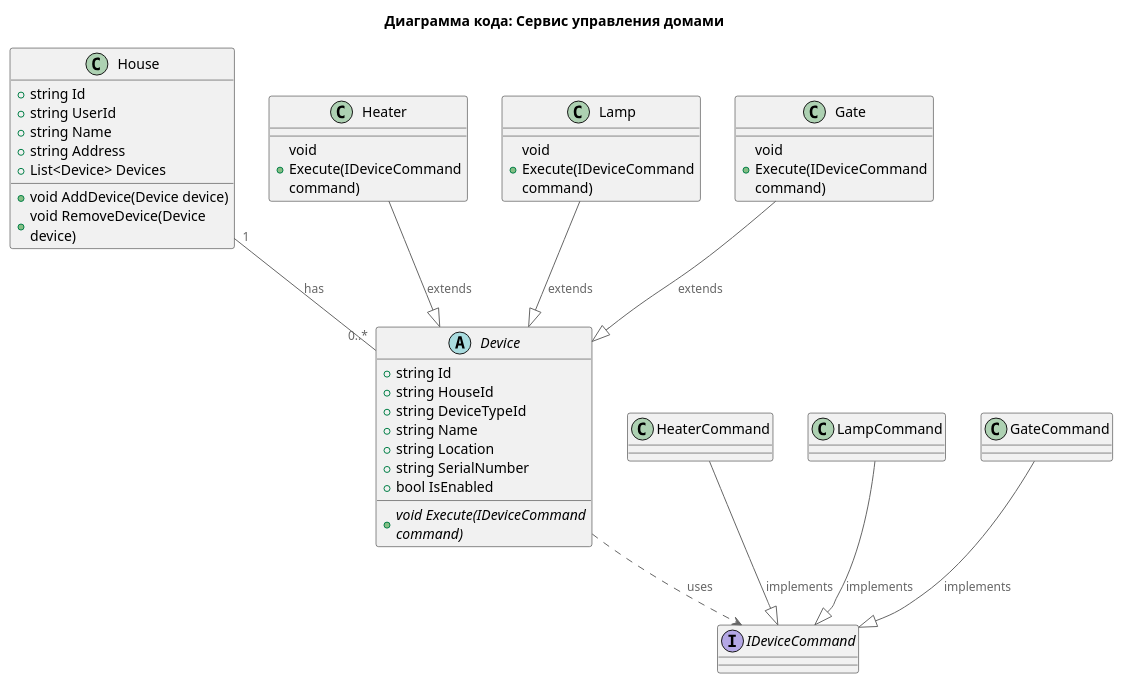
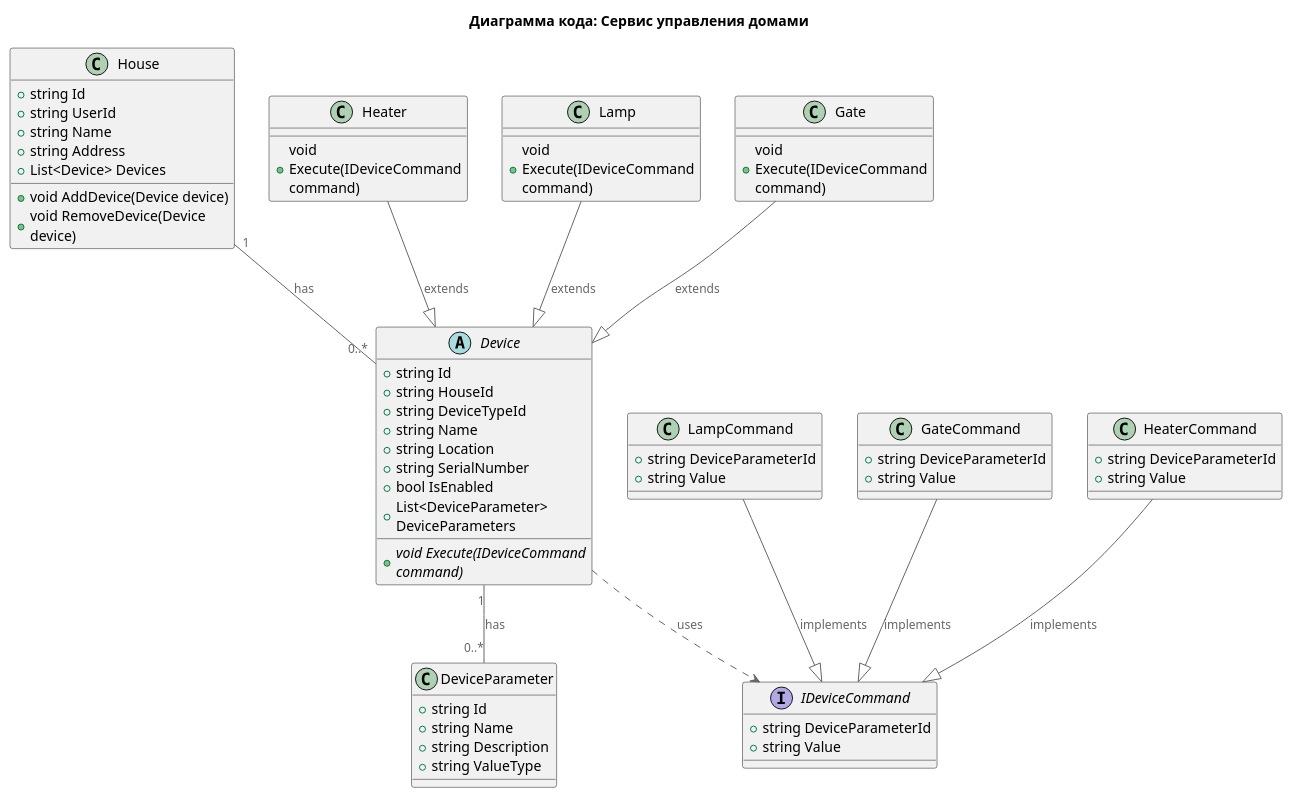
The diagram in diagrams/smart_home/ToBe_Code.puml (knautilus/architecture-warmhouse), drawn with PlantUML before and after one commit. The commit also changed 3 other files, not shown here.

```diff
--- a/diagrams/smart_home/ToBe_Code.puml
+++ b/diagrams/smart_home/ToBe_Code.puml
@@ -1,63 +1,80 @@
 @startuml
 
 title Диаграмма кода: Сервис управления домами
 
 !includeurl https://raw.githubusercontent.com/plantuml-stdlib/C4-PlantUML/master/C4.puml
 
 class House {
     +string Id
     +string UserId
     +string Name
     +string Address
     +List<Device> Devices
     +void AddDevice(Device device)
     +void RemoveDevice(Device device)
 }
 
 abstract class Device {
     +string Id
     +string HouseId
     +string DeviceTypeId
     +string Name
     +string Location
     +string SerialNumber
     +bool IsEnabled
+    +List<DeviceParameter> DeviceParameters
     +{abstract} void Execute(IDeviceCommand command)
 }
 
 class Heater {
     +void Execute(IDeviceCommand command)
 }
 
 class Lamp {
     +void Execute(IDeviceCommand command)
 }
 
 class Gate {
     +void Execute(IDeviceCommand command)
 }
 
 interface IDeviceCommand {
+    +string DeviceParameterId
+    +string Value
+}
+
+class DeviceParameter {
+    +string Id
+    +string Name
+    +string Description
+    +string ValueType
+}
+
+class LampCommand {
+    +string DeviceParameterId
+    +string Value
+}
+
+class GateCommand {
+    +string DeviceParameterId
+    +string Value
 }
 
 class HeaterCommand {
-}
-
-class LampCommand {
-}
-
-class GateCommand {
+    +string DeviceParameterId
+    +string Value
 }
 
 House "1" -- "0..*" Device: has
+Device "1" -- "0..*" DeviceParameter: has
 Device ..> IDeviceCommand: uses
 
 Heater --|> Device: extends
 Lamp --|> Device: extends
 Gate --|> Device: extends
 
 HeaterCommand --|> IDeviceCommand: implements
 LampCommand --|> IDeviceCommand: implements
 GateCommand --|> IDeviceCommand: implements
 
 @enduml
```
